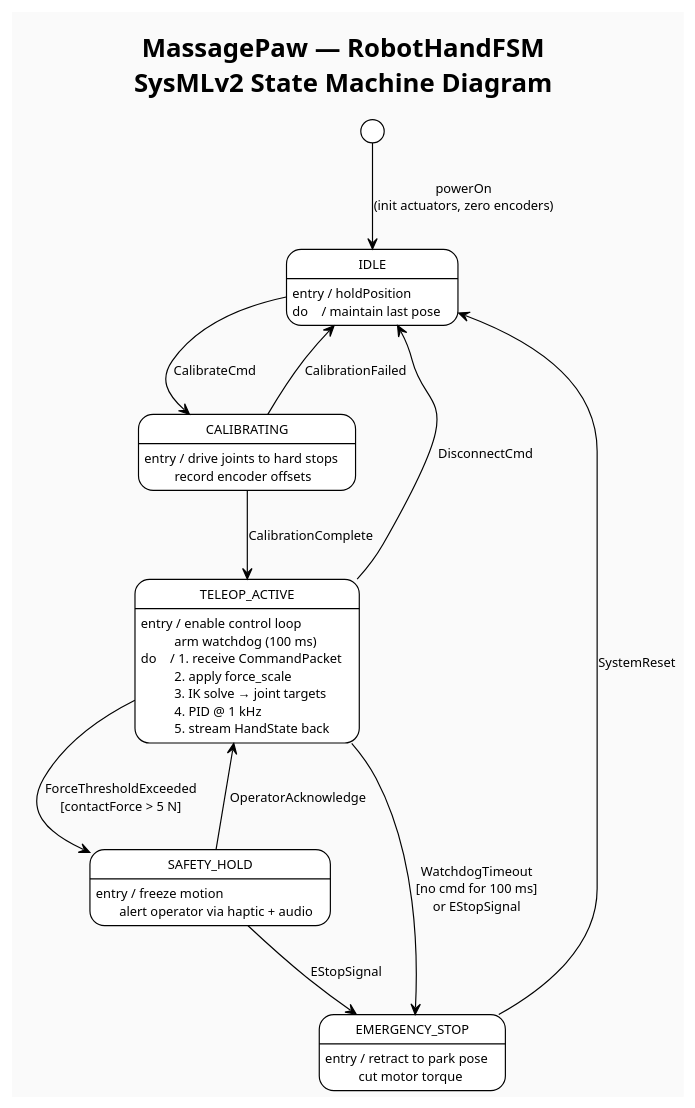
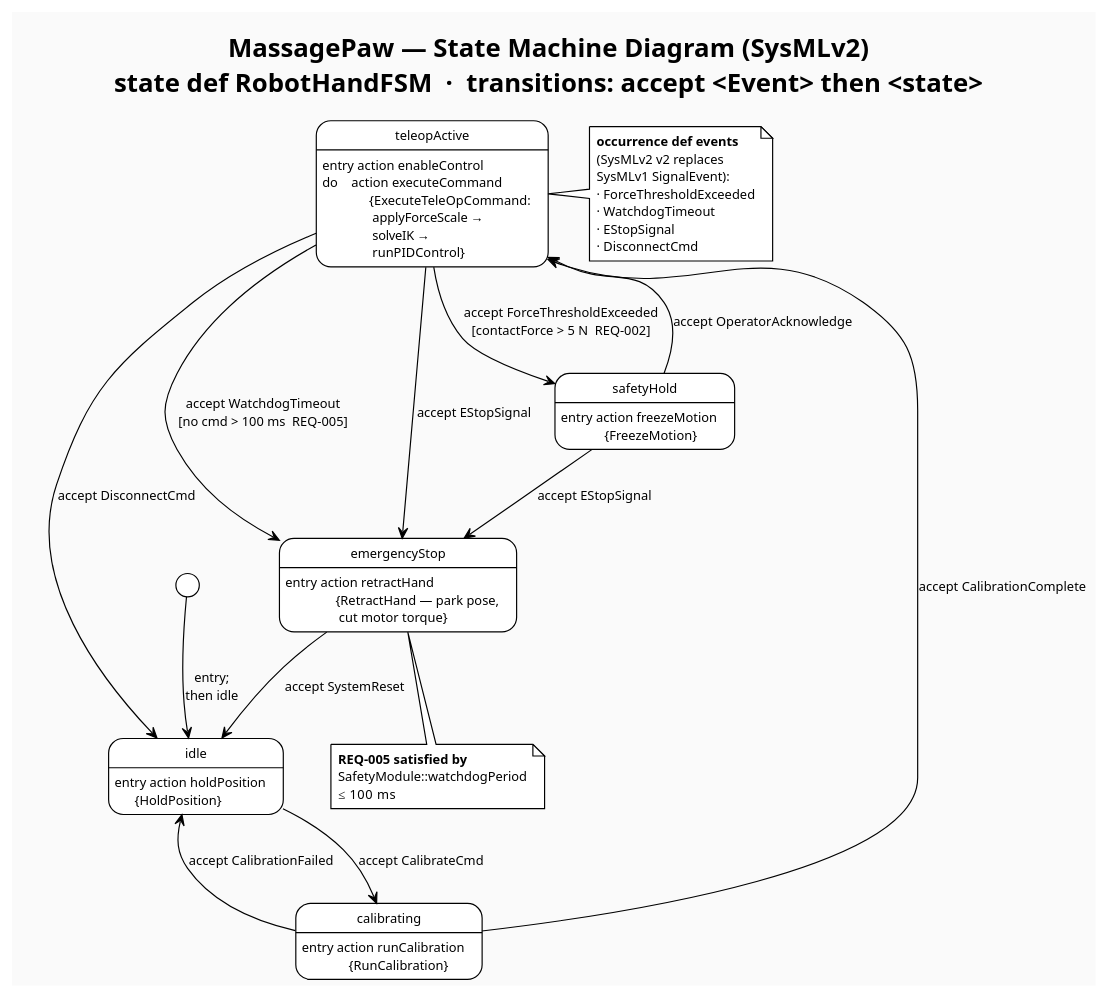
Before and after one commit to aYenYen0123/MassagePaw: the diagram in diagrams/MassagePaw_FSM.puml, drawn with PlantUML. The commit also changed 7 other files, not shown here.

```diff
--- a/diagrams/MassagePaw_FSM.puml
+++ b/diagrams/MassagePaw_FSM.puml
@@ -1,47 +1,70 @@
 @startuml MassagePaw_FSM
 !theme plain
 skinparam backgroundColor #FAFAFA
 skinparam defaultFontName Monospace
 skinparam defaultFontSize 11
 skinparam shadowing false
 
-title MassagePaw — RobotHandFSM\nSysMLv2 State Machine Diagram
+title MassagePaw — State Machine Diagram (SysMLv2)\nstate def RobotHandFSM  ·  transitions: accept <Event> then <state>
 
-[*] --> IDLE : powerOn\n(init actuators, zero encoders)
+' SysMLv2 state machine notation:
+'   entry; then <state>          initial pseudo-state
+'   accept <Event> then <state>  transition (replaces SysMLv1 "transition to X on Y")
+'   entry action <action>        entry behavior
+'   do    action <action>        do behavior
 
-state IDLE {
-  IDLE : entry / holdPosition
-  IDLE : do    / maintain last pose
+[*] --> idle : entry;\nthen idle
+
+state idle {
+  idle : entry action holdPosition\n      {HoldPosition}
 }
 
-state CALIBRATING {
-  CALIBRATING : entry / drive joints to hard stops\n         record encoder offsets
+state calibrating {
+  calibrating : entry action runCalibration\n              {RunCalibration}
 }
 
-state TELEOP_ACTIVE {
-  TELEOP_ACTIVE : entry / enable control loop\n          arm watchdog (100 ms)
-  TELEOP_ACTIVE : do    / 1. receive CommandPacket\n          2. apply force_scale\n          3. IK solve → joint targets\n          4. PID @ 1 kHz\n          5. stream HandState back
+state teleopActive {
+  teleopActive : entry action enableControl
+  teleopActive : do    action executeCommand\n              {ExecuteTeleOpCommand:\n               applyForceScale →\n               solveIK →\n               runPIDControl}
 }
 
-state SAFETY_HOLD {
-  SAFETY_HOLD : entry / freeze motion\n       alert operator via haptic + audio
+state safetyHold {
+  safetyHold : entry action freezeMotion\n             {FreezeMotion}
 }
 
-state EMERGENCY_STOP {
-  EMERGENCY_STOP : entry / retract to park pose\n          cut motor torque
+state emergencyStop {
+  emergencyStop : entry action retractHand\n               {RetractHand — park pose,\n                cut motor torque}
 }
 
-IDLE           --> CALIBRATING    : CalibrateCmd
-CALIBRATING    --> TELEOP_ACTIVE  : CalibrationComplete
-CALIBRATING    --> IDLE           : CalibrationFailed
+' ── Transitions (SysMLv2: accept <occurrence> then <state>) ───────────────
+idle           --> calibrating    : accept CalibrateCmd
+calibrating    --> teleopActive   : accept CalibrationComplete
+calibrating    --> idle           : accept CalibrationFailed
 
-TELEOP_ACTIVE  --> SAFETY_HOLD    : ForceThresholdExceeded\n[contactForce > 5 N]
-TELEOP_ACTIVE  --> EMERGENCY_STOP : WatchdogTimeout\n[no cmd for 100 ms]\nor EStopSignal
-TELEOP_ACTIVE  --> IDLE           : DisconnectCmd
+teleopActive   --> safetyHold     : accept ForceThresholdExceeded\n[contactForce > 5 N  REQ-002]
+teleopActive   --> emergencyStop  : accept WatchdogTimeout\n[no cmd > 100 ms  REQ-005]
+teleopActive   --> emergencyStop  : accept EStopSignal
+teleopActive   --> idle           : accept DisconnectCmd
 
-SAFETY_HOLD    --> TELEOP_ACTIVE  : OperatorAcknowledge
-SAFETY_HOLD    --> EMERGENCY_STOP : EStopSignal
+safetyHold     --> teleopActive   : accept OperatorAcknowledge
+safetyHold     --> emergencyStop  : accept EStopSignal
 
-EMERGENCY_STOP --> IDLE           : SystemReset
+emergencyStop  --> idle           : accept SystemReset
+
+note right of teleopActive
+  <b>occurrence def events</b>
+  (SysMLv2 v2 replaces
+  SysMLv1 SignalEvent):
+  · ForceThresholdExceeded
+  · WatchdogTimeout
+  · EStopSignal
+  · DisconnectCmd
+end note
+
+note bottom of emergencyStop
+  <b>REQ-005 satisfied by</b>
+  SafetyModule::watchdogPeriod
+  ≤ 100 ms
+end note
 
 @enduml
```
